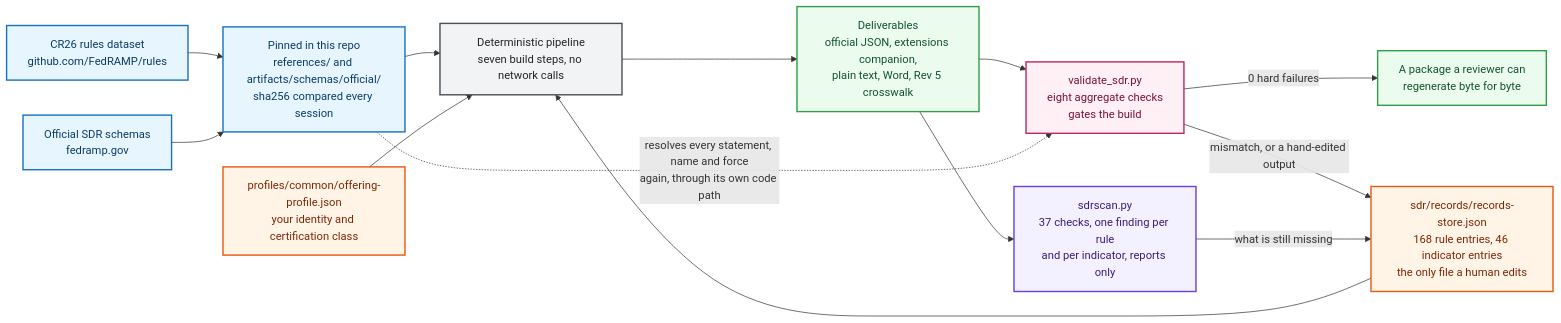
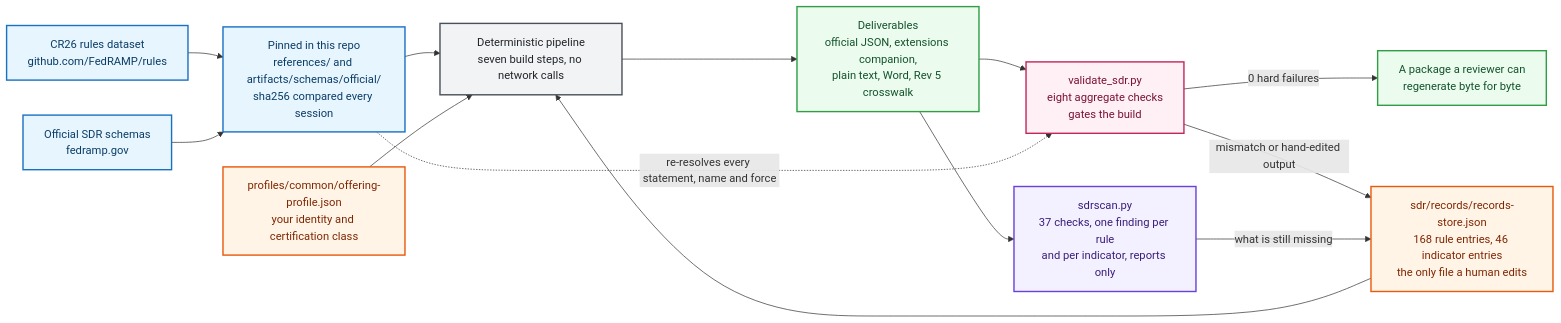
Before and after one commit to satishuv/FEDRAMP-20x-SDR-Documentation: the first of 3 diagrams in docs/architecture.md, drawn with Mermaid. The commit also changed other lines of this file and 3 other files, not shown here.

First line of the commit message:
Harden Mermaid edge labels for GitHub's renderer

````diff
--- a/docs/architecture.md
+++ b/docs/architecture.md
@@ -9,39 +9,39 @@
 ```mermaid
 flowchart LR
     DSU["CR26 rules dataset<br/>github.com/FedRAMP/rules"]
     SCU["Official SDR schemas<br/>fedramp.gov"]
     PIN["Pinned in this repo<br/>references/ and artifacts/schemas/official/<br/>sha256 compared every session"]
     RS["sdr/records/records-store.json<br/>168 rule entries, 46 indicator entries<br/>the only file a human edits"]
     OP["profiles/common/offering-profile.json<br/>your identity and certification class"]
     PIPE["Deterministic pipeline<br/>seven build steps, no network calls"]
     OUT["Deliverables<br/>official JSON, extensions companion,<br/>plain text, Word, Rev 5 crosswalk"]
     GATE["validate_sdr.py<br/>eight aggregate checks<br/>gates the build"]
     SCAN["sdrscan.py<br/>37 checks, one finding per rule<br/>and per indicator, reports only"]
     SHIP["A package a reviewer can<br/>regenerate byte for byte"]
 
     DSU --> PIN
     SCU --> PIN
     PIN --> PIPE
     RS --> PIPE
     OP --> PIPE
     PIPE --> OUT
     OUT --> GATE
     OUT --> SCAN
-    PIN -. "resolves every statement, name and force<br/>again, through its own code path" .-> GATE
-    GATE -- "0 hard failures" --> SHIP
-    GATE -- "mismatch, or a hand-edited output" --> RS
-    SCAN -- "what is still missing" --> RS
+    PIN -.->|re-resolves every statement, name and force| GATE
+    GATE -->|0 hard failures| SHIP
+    GATE -->|mismatch or hand-edited output| RS
+    SCAN -->|what is still missing| RS
 
     classDef src fill:#e7f5ff,stroke:#1971c2,stroke-width:2px,color:#0b3d66
     classDef you fill:#fff4e6,stroke:#e8590c,stroke-width:2px,color:#7f2704
     classDef step fill:#f1f3f5,stroke:#495057,stroke-width:2px,color:#212529
     classDef out fill:#ebfbee,stroke:#2f9e44,stroke-width:2px,color:#14532d
     classDef gate fill:#fff0f6,stroke:#c2255c,stroke-width:2px,color:#7a1236
     classDef scan fill:#f3f0ff,stroke:#6741d9,stroke-width:2px,color:#3b1e7a
     class DSU,SCU,PIN src
     class RS,OP you
     class PIPE step
     class OUT,SHIP out
     class GATE gate
     class SCAN scan
 ```
````
